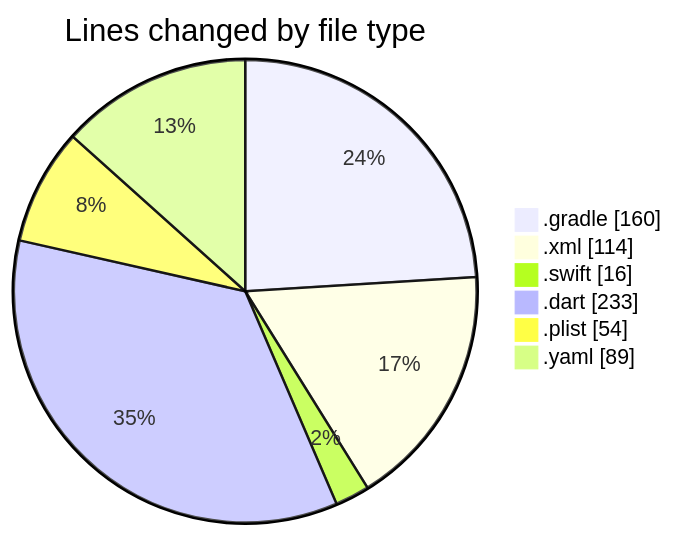
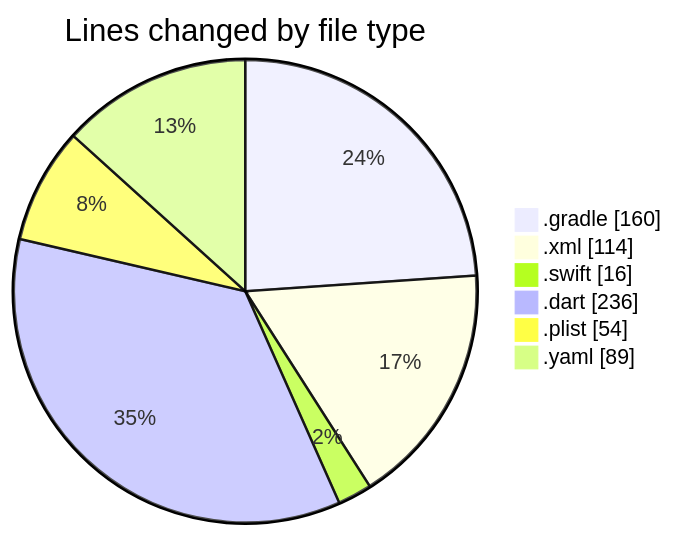
One commit to donsfak/code-tracking changed the first of 2 diagrams in 2025-01-01/uber_clone/README.md. Above: the diagram before and after it, drawn with Mermaid. The commit also changed other lines of this file and 1 other file, not shown here.

````diff
--- a/2025-01-01/uber_clone/README.md
+++ b/2025-01-01/uber_clone/README.md
@@ -28,10 +28,10 @@
 ```mermaid
 pie showData
 title Lines changed by file type
 ".gradle" : 160
 ".xml" : 114
 ".swift" : 16
-".dart" : 233
+".dart" : 236
 ".plist" : 54
 ".yaml" : 89
 ```
````
